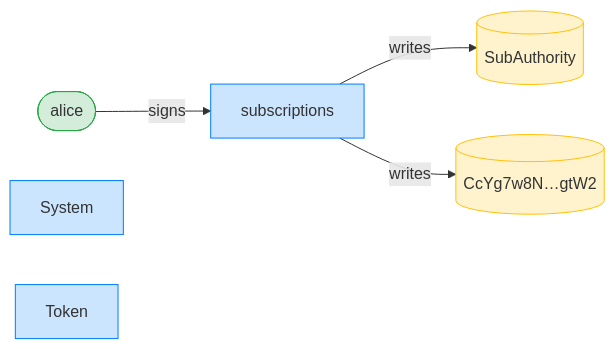
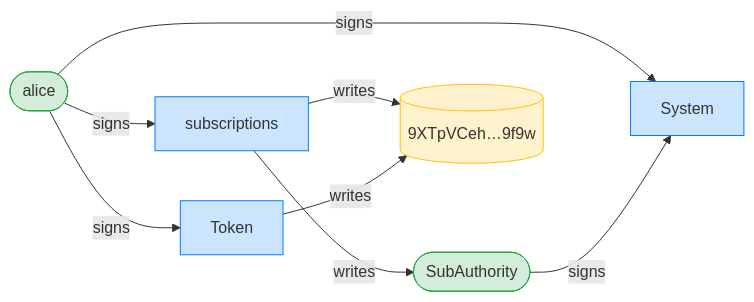
Before and after one commit to cds-rs/subscriptions: the third of 16 diagrams in dsl_tests/recurring-transfer-aligns-the-period-start-when-periods-are-skipped.md, drawn with Mermaid. The commit also changed other lines of this file and 224 other files, not shown here.

````diff
--- a/dsl_tests/recurring-transfer-aligns-the-period-start-when-periods-are-skipped.md
+++ b/dsl_tests/recurring-transfer-aligns-the-period-start-when-periods-are-skipped.md
@@ -55,15 +56,19 @@
 ```mermaid
 flowchart LR
     classDef signer fill:#d4edda,stroke:#28a745;
     classDef program fill:#cce5ff,stroke:#007bff;
     classDef writable fill:#fff3cd,stroke:#ffc107;
     subscriptions[subscriptions]:::program
     alice([alice]):::signer
-    SubAuthority[(SubAuthority)]:::writable
-    CcYg7w8N_gtW2[("CcYg7w8N…gtW2")]:::writable
+    SubAuthority([SubAuthority]):::signer
+    9XTpVCeh_9f9w[("9XTpVCeh…9f9w")]:::writable
     System[System]:::program
     Token[Token]:::program
     alice -->|signs| subscriptions
+    alice -->|signs| System
+    SubAuthority -->|signs| System
+    alice -->|signs| Token
     subscriptions -->|writes| SubAuthority
-    subscriptions -->|writes| CcYg7w8N_gtW2
+    subscriptions -->|writes| 9XTpVCeh_9f9w
+    Token -->|writes| 9XTpVCeh_9f9w
 ```
````
